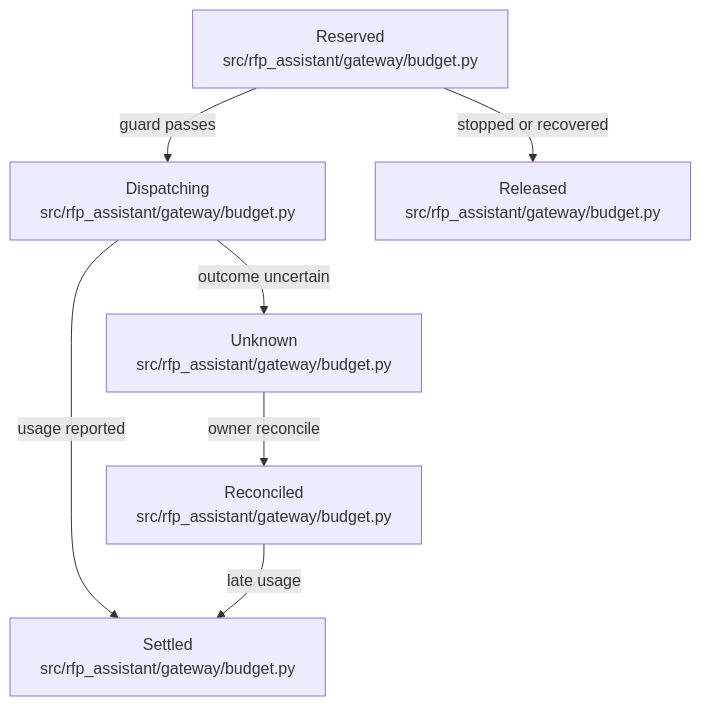
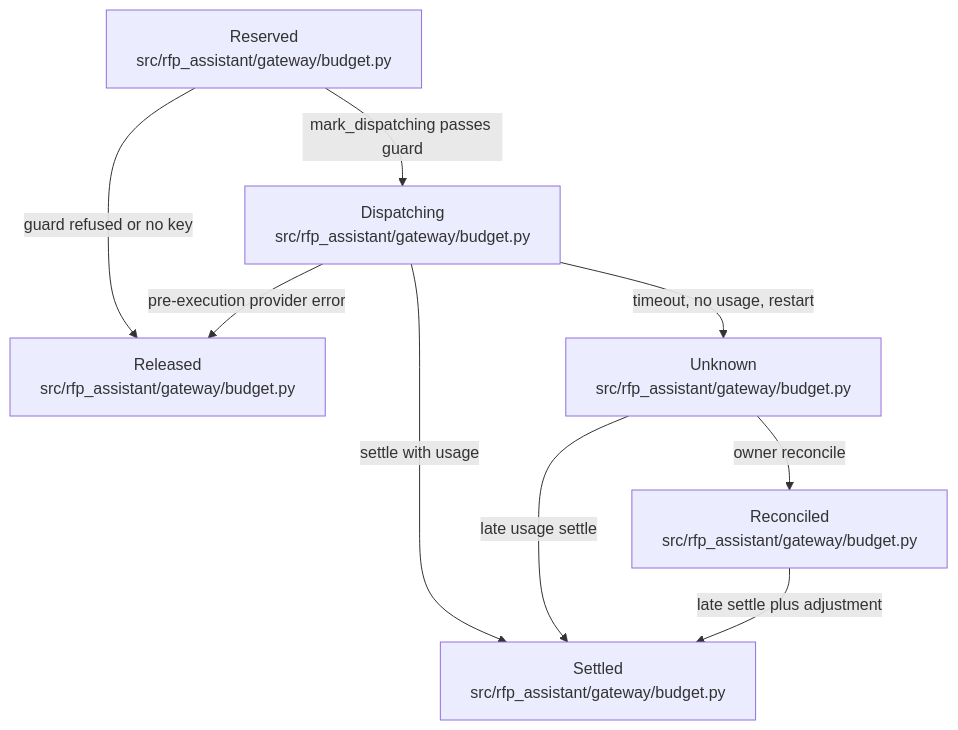
Before and after one commit to littleeeeebit/project-codeit-mid: the diagram in .omm/state-transitions/attempt-states/diagram.mmd, drawn with Mermaid. The commit also changed 392 other files, not shown here.

Commit message:
Refresh wiki and architecture before merge

```diff
--- a/.omm/state-transitions/attempt-states/diagram.mmd
+++ b/.omm/state-transitions/attempt-states/diagram.mmd
@@ -1,7 +1,15 @@
 graph TD
-  reserved["Reserved\nsrc/rfp_assistant/gateway/budget.py"] -->|"guard passes"| dispatching["Dispatching\nsrc/rfp_assistant/gateway/budget.py"]
-  reserved -->|"stopped or recovered"| released["Released\nsrc/rfp_assistant/gateway/budget.py"]
-  dispatching -->|"usage reported"| settled["Settled\nsrc/rfp_assistant/gateway/budget.py"]
-  dispatching -->|"outcome uncertain"| unknown["Unknown\nsrc/rfp_assistant/gateway/budget.py"]
-  unknown -->|"owner reconcile"| reconciled["Reconciled\nsrc/rfp_assistant/gateway/budget.py"]
-  reconciled -->|"late usage"| settled
+  reserved["Reserved\nsrc/rfp_assistant/gateway/budget.py"]
+  dispatching["Dispatching\nsrc/rfp_assistant/gateway/budget.py"]
+  settled["Settled\nsrc/rfp_assistant/gateway/budget.py"]
+  released["Released\nsrc/rfp_assistant/gateway/budget.py"]
+  unknown["Unknown\nsrc/rfp_assistant/gateway/budget.py"]
+  reconciled["Reconciled\nsrc/rfp_assistant/gateway/budget.py"]
+  reserved -->|mark_dispatching passes guard| dispatching
+  reserved -->|guard refused or no key| released
+  dispatching -->|settle with usage| settled
+  dispatching -->|pre-execution provider error| released
+  dispatching -->|timeout, no usage, restart| unknown
+  unknown -->|owner reconcile| reconciled
+  unknown -->|late usage settle| settled
+  reconciled -->|late settle plus adjustment| settled
```
